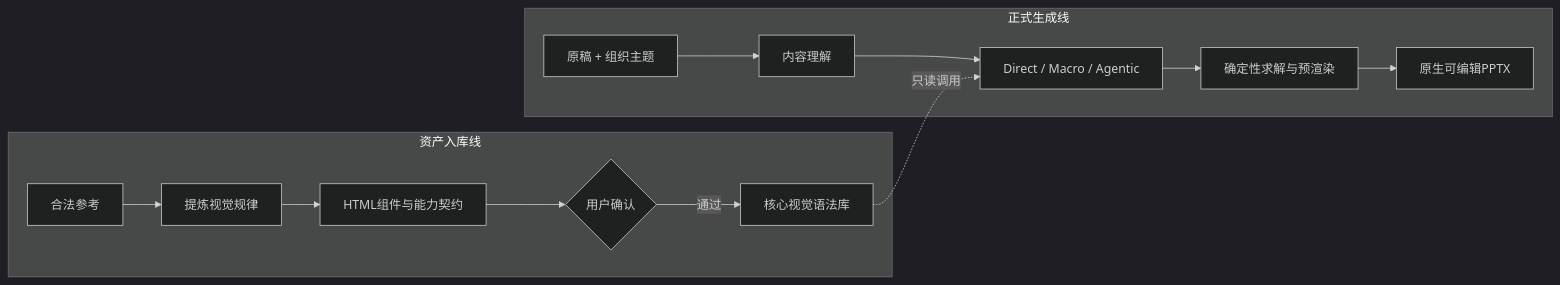
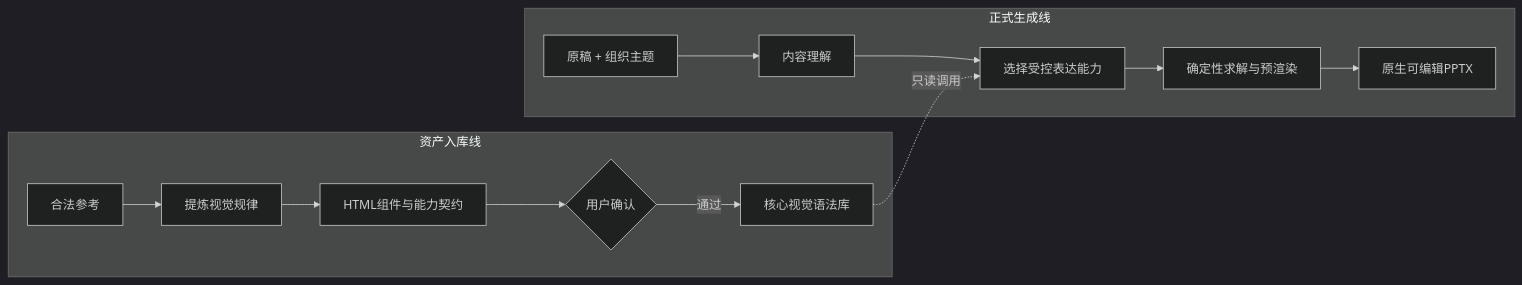
The diagram in docs/产品叙事.md (NEUwpy/PPagenT), drawn with Mermaid (dark theme) before and after one commit. The commit also changed other lines of this file and 13 other files, not shown here.

````diff
--- a/docs/产品叙事.md
+++ b/docs/产品叙事.md
@@ -66,16 +66,16 @@
 ```mermaid
 flowchart LR
     subgraph I["资产入库线"]
         A["合法参考"] --> B["提炼视觉规律"]
         B --> C["HTML组件与能力契约"]
         C --> D{"用户确认"}
         D -->|通过| E["核心视觉语法库"]
     end
     subgraph R["正式生成线"]
         F["原稿 + 组织主题"] --> G["内容理解"]
-        G --> H["Direct / Macro / Agentic"]
+        G --> H["选择受控表达能力"]
         E -."只读调用".-> H
         H --> J["确定性求解与预渲染"]
         J --> K["原生可编辑PPTX"]
     end
 ```
````
